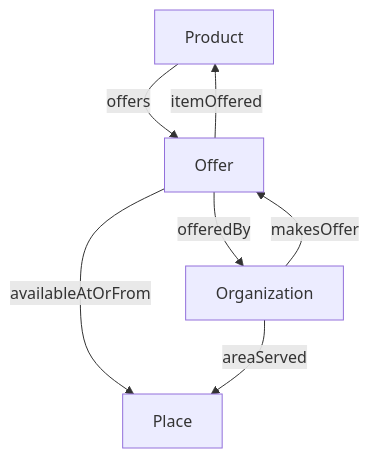
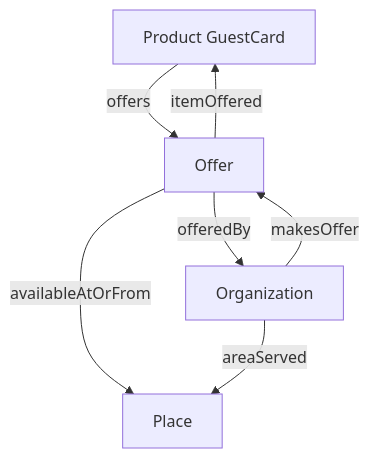
One commit to tsolenthaler/docs.contentdesk.io changed the fourth of 5 diagrams in docs/projects/glarnerlandApp.md. Above: the diagram before and after it, drawn with Mermaid. The commit also changed other lines of this file, not shown here.

Commit message:
Refactor schema links and update documentation in gaestekarte.md

````diff
--- a/docs/projects/glarnerlandApp.md
+++ b/docs/projects/glarnerlandApp.md
@@ -260,11 +249,11 @@
 ``` mermaid
 graph TD
-    Product-->|offers|Offer
+    Product[Product GuestCard]-->|offers|Offer
 
     Offer-->|itemOffered|Product
     Offer-->|availableAtOrFrom|Place
     Offer-->|offeredBy|Organization
     
     Organization-->|areaServed|Place
     Organization-->|makesOffer|Offer
 ```
````
